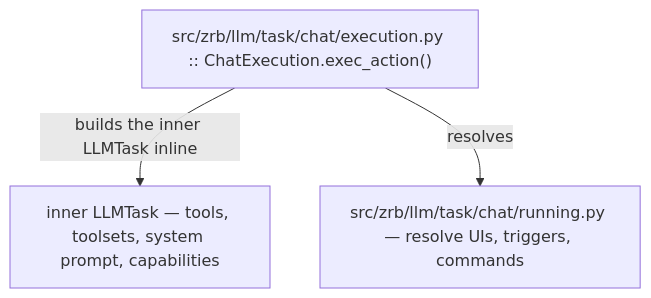
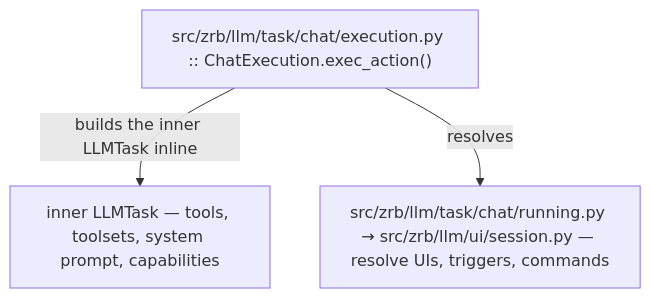
Before and after one commit to state-alchemists/zrb: the third of 7 diagrams in docs/llm/llm-chat-lifecycle.md, drawn with Mermaid. The commit also changed other lines of this file and 12 other files, not shown here.

````diff
--- a/docs/llm/llm-chat-lifecycle.md
+++ b/docs/llm/llm-chat-lifecycle.md
@@ -57,6 +57,6 @@
 ```mermaid
 flowchart TD
     Exec["src/zrb/llm/task/chat/execution.py :: ChatExecution.exec_action()"]
     Exec -->|builds the inner LLMTask inline| Build["inner LLMTask — tools, toolsets, system prompt, capabilities"]
-    Exec -->|resolves| Running["src/zrb/llm/task/chat/running.py — resolve UIs, triggers, commands"]
+    Exec -->|resolves| Running["src/zrb/llm/task/chat/running.py → src/zrb/llm/ui/session.py — resolve UIs, triggers, commands"]
 ```
````
